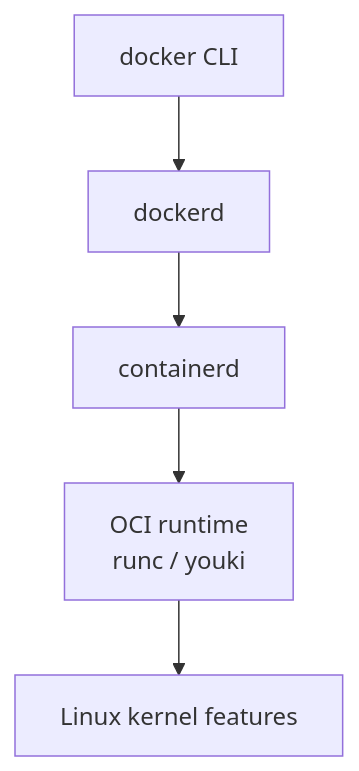
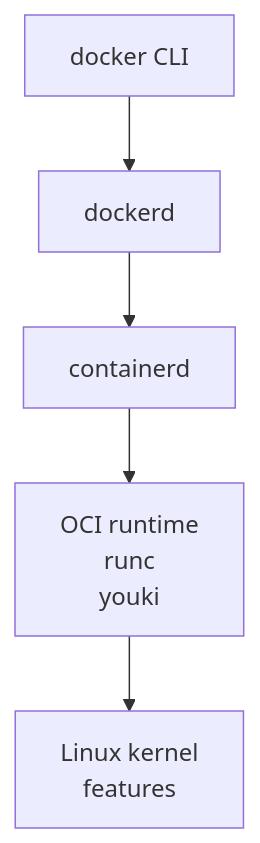
One commit to HukuKaich0u/learning-linux-and-container-for-youki changed the second of 3 diagrams in docs/container-internals/09-oci-runtime.md. Above: the diagram before and after it, drawn with Mermaid. The commit also changed other lines of this file and 11 other files, not shown here.

Commit message:
コンテナ技術の導入とMermaid表示を改善

````diff
--- a/docs/container-internals/09-oci-runtime.md
+++ b/docs/container-internals/09-oci-runtime.md
@@ -226,9 +232,9 @@
 ```mermaid
 flowchart TD
   A[docker CLI]
   B[dockerd]
   C[containerd]
-  D[OCI runtime<br>runc / youki]
-  E[Linux kernel features]
+  D["OCI runtime<br/>runc<br/>youki"]
+  E["Linux kernel<br/>features"]
   A --> B --> C --> D --> E
 ```
````
